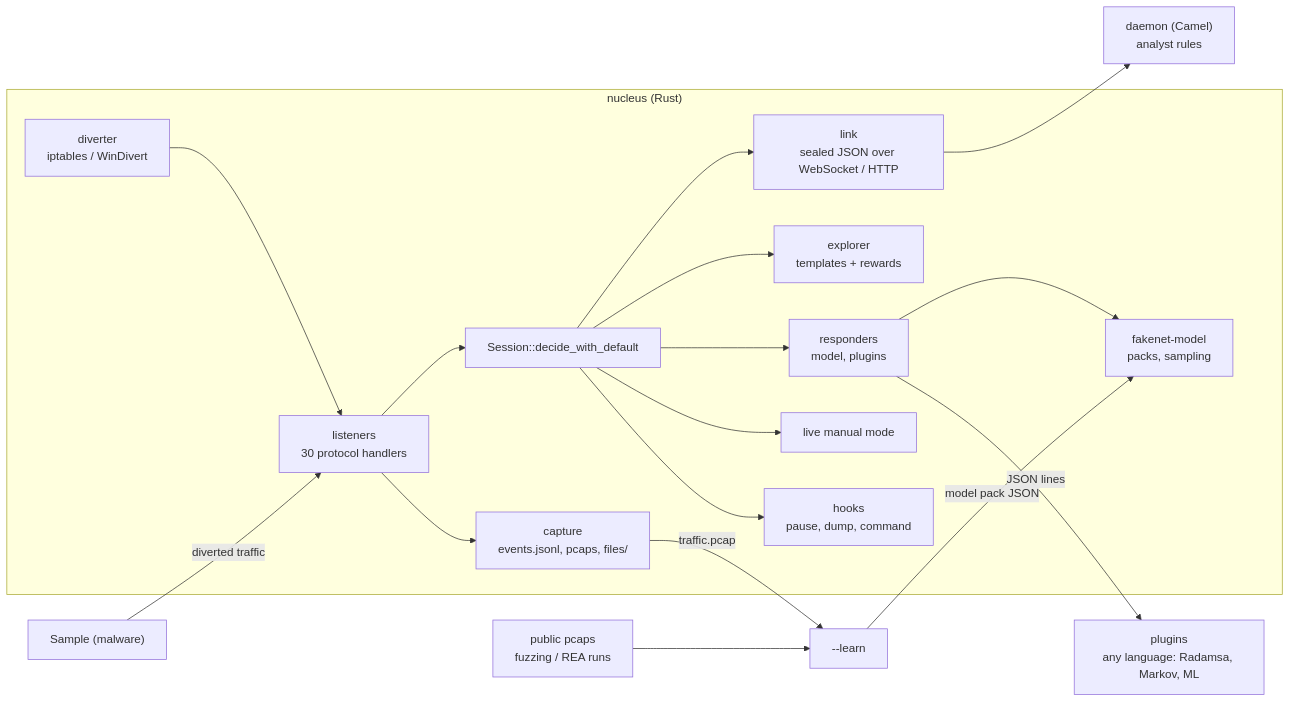
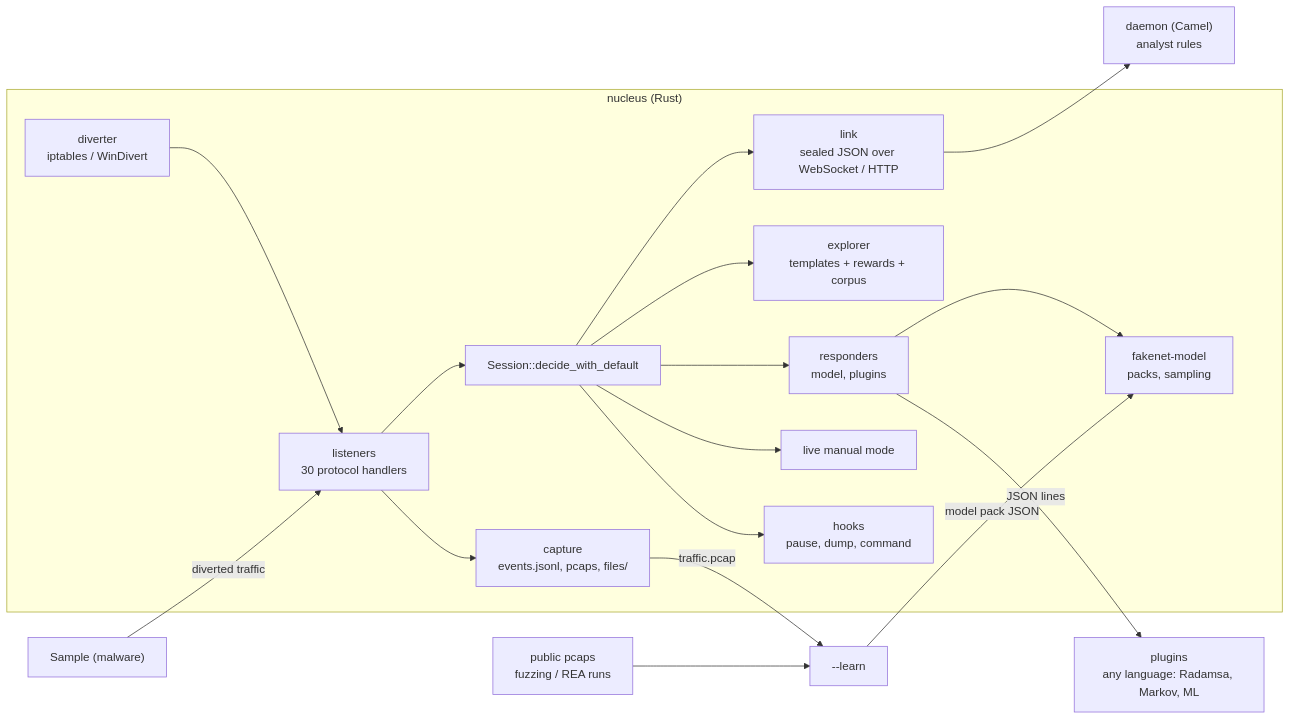
One commit to maxamin/fakenet-hybrid changed the first of 3 diagrams in design/architecture.md. Above: the diagram before and after it, drawn with Mermaid. The commit also changed other lines of this file and 34 other files, not shown here.

First line of the commit message:
Learn online, generate answers, keep an explorer corpus, decrypt TLS while learning

````diff
--- a/design/architecture.md
+++ b/design/architecture.md
@@ -5,20 +5,20 @@
 ```mermaid
 flowchart LR
     sample["Sample (malware)"] -->|diverted traffic| listeners
     subgraph nucleus["nucleus (Rust)"]
         diverter["diverter<br/>iptables / WinDivert"] --> listeners["listeners<br/>30 protocol handlers"]
         listeners --> session["Session::decide_with_default"]
         session --> link["link<br/>sealed JSON over WebSocket / HTTP"]
-        session --> explorer["explorer<br/>templates + rewards"]
+        session --> explorer["explorer<br/>templates + rewards + corpus"]
         session --> responders["responders<br/>model, plugins"]
         session --> manual["live manual mode"]
         session --> hooks["hooks<br/>pause, dump, command"]
         listeners --> capture["capture<br/>events.jsonl, pcaps, files/"]
         responders --> model["fakenet-model<br/>packs, sampling"]
     end
     link --> daemon["daemon (Camel)<br/>analyst rules"]
     responders -->|JSON lines| plugins["plugins<br/>any language: Radamsa, Markov, ML"]
     capture -->|traffic.pcap| learn["--learn"]
     datasets["public pcaps<br/>fuzzing / REA runs"] --> learn
     learn -->|model pack JSON| model
 ```
````
